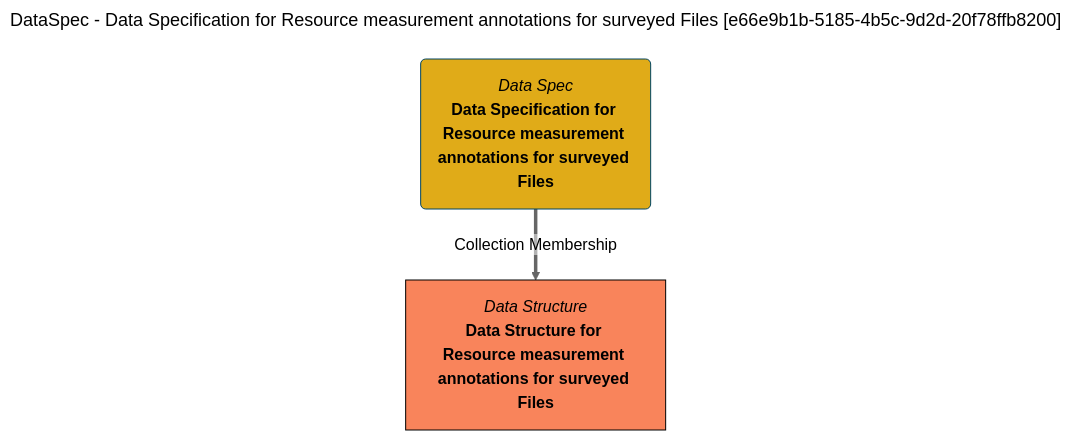
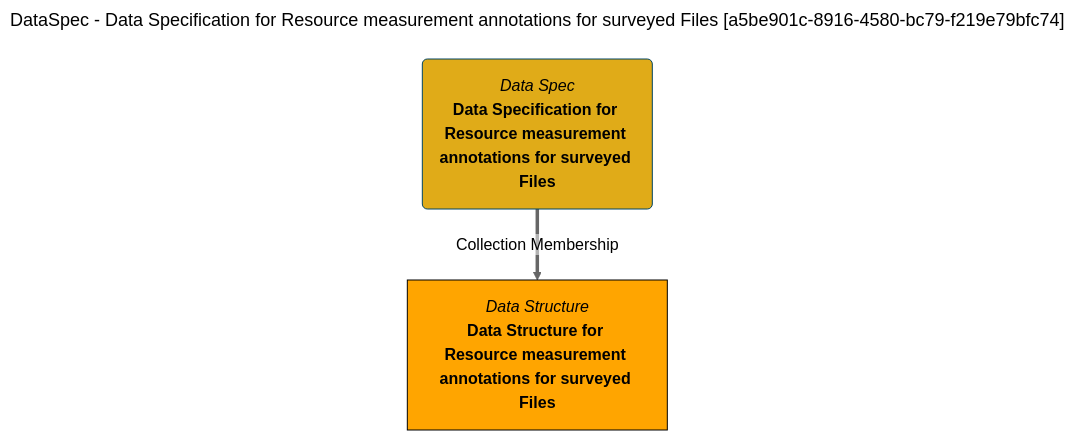
One commit to odpi/egeria-docs changed the diagram in site/snippets/collections/data-specs/data-specification-for-resource-measurement-annotations-for-surveyed-files-mermaid-graph.md. Above: the diagram before and after it, drawn with Mermaid (neutral theme). The commit also changed 2201 other files, not shown here.

````diff
--- a/site/snippets/collections/data-specs/data-specification-for-resource-measurement-annotations-for-surveyed-files-mermaid-graph.md
+++ b/site/snippets/collections/data-specs/data-specification-for-resource-measurement-annotations-for-surveyed-files-mermaid-graph.md
@@ -1,15 +1,15 @@
 ```mermaid
 ---
-title: DataSpec - Data Specification for Resource measurement annotations for surveyed Files [e66e9b1b-5185-4b5c-9d2d-20f78ffb8200]
+title: DataSpec - Data Specification for Resource measurement annotations for surveyed Files [a5be901c-8916-4580-bc79-f219e79bfc74]
 ---
 flowchart TD
 %%{init: {"flowchart": {"htmlLabels": false}} }%%
 
 1@{ shape: rounded, label: "*Data Spec*
 **Data Specification for Resource measurement annotations for surveyed Files**"}
 2@{ shape: rect, label: "*Data Structure*
 **Data Structure for Resource measurement annotations for surveyed Files**"}
 1==>|"Collection Membership"|2
 style 1 color:#000000, fill:#e0ab18, stroke:#004563
-style 2 color:#000000, fill:#f9845b, stroke:#000000
+style 2 color:#000000, fill:#FFA500, stroke:#000000
 ```
````
